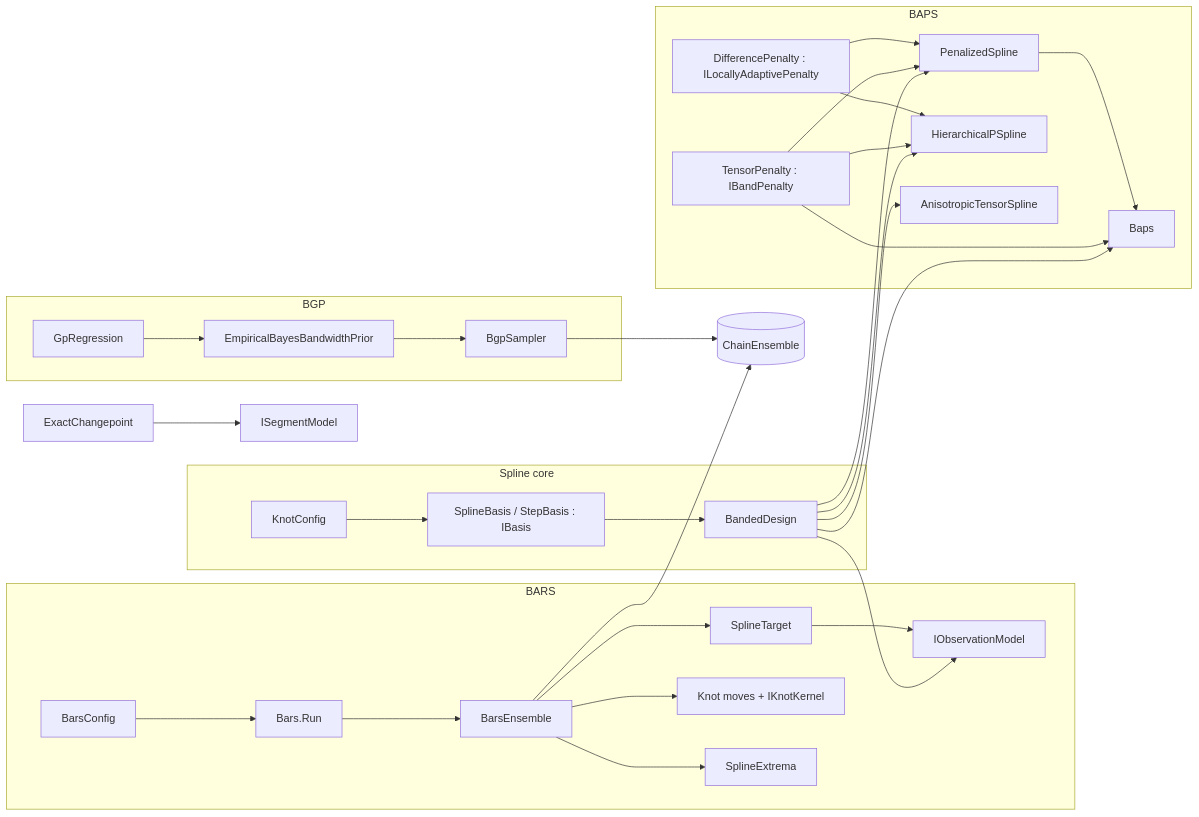
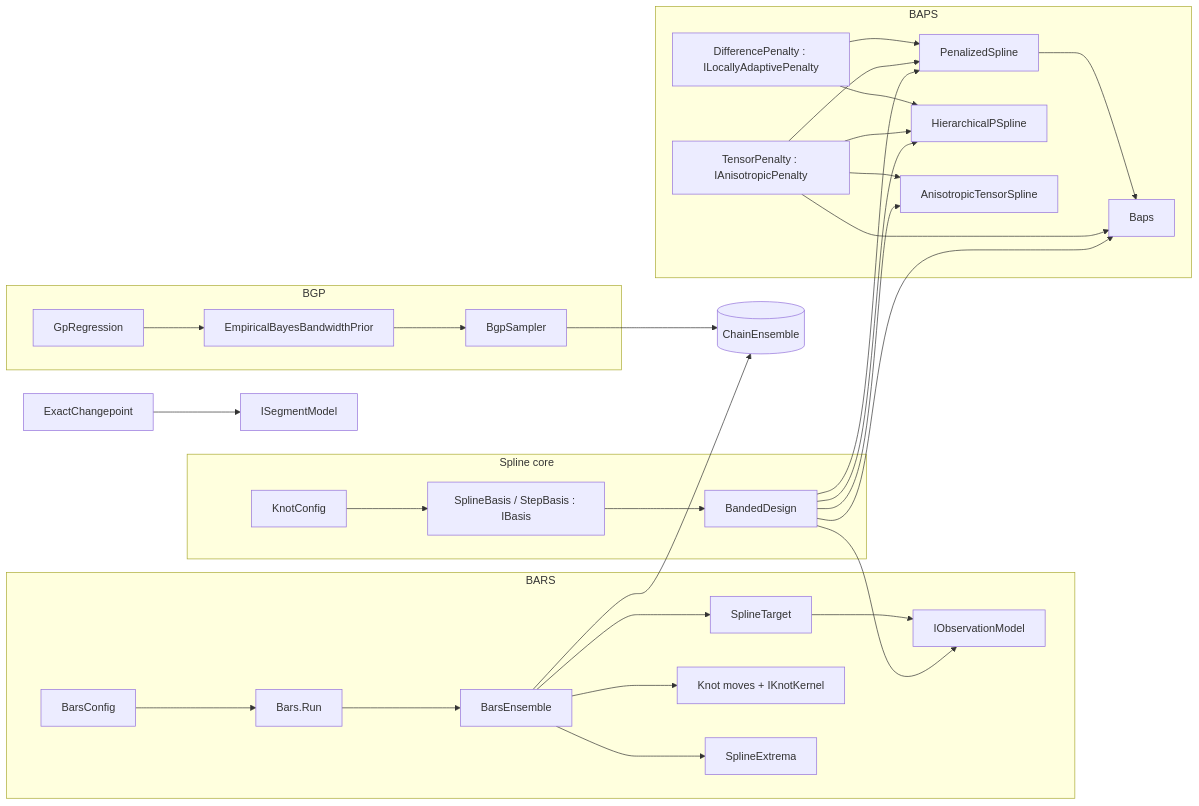
The diagram in docs/Maths/BayesianRegression.md (aghado01/ThermoMapper), drawn with Mermaid before and after one commit. The commit also changed other lines of this file and 2 other files, not shown here.

First line of the commit message:
docs: the collapsed scheme's factorization, anisotropic smoothing, and their report

````diff
--- a/docs/Maths/BayesianRegression.md
+++ b/docs/Maths/BayesianRegression.md
@@ -15,26 +15,26 @@
 ```mermaid
 flowchart LR
   subgraph Spline core
     KC[KnotConfig] --> SB[SplineBasis / StepBasis : IBasis] --> BD[BandedDesign]
   end
   subgraph BARS
     BC[BarsConfig] --> BR[Bars.Run] --> BE[BarsEnsemble]
     BE --> ST[SplineTarget] --> OM[IObservationModel]
     BE --> KM[Knot moves + IKnotKernel]
     BE --> SX[SplineExtrema]
   end
   subgraph BAPS
     DP[DifferencePenalty : ILocallyAdaptivePenalty] --> PS[PenalizedSpline] --> BS[Baps]
     DP --> HP[HierarchicalPSpline]
-    TP[TensorPenalty : IBandPenalty] --> PS
+    TP[TensorPenalty : IAnisotropicPenalty] --> PS
     TP --> BS
     TP --> HP
-    AT[AnisotropicTensorSpline]
+    TP --> AT[AnisotropicTensorSpline]
   end
   subgraph BGP
     GP[GpRegression] --> EB[EmpiricalBayesBandwidthPrior] --> BG[BgpSampler]
   end
   EC[ExactChangepoint] --> SM[ISegmentModel]
   BD --> OM & PS & BS & HP & AT
   BE & BG --> CE[(ChainEnsemble)]
 ```
````
